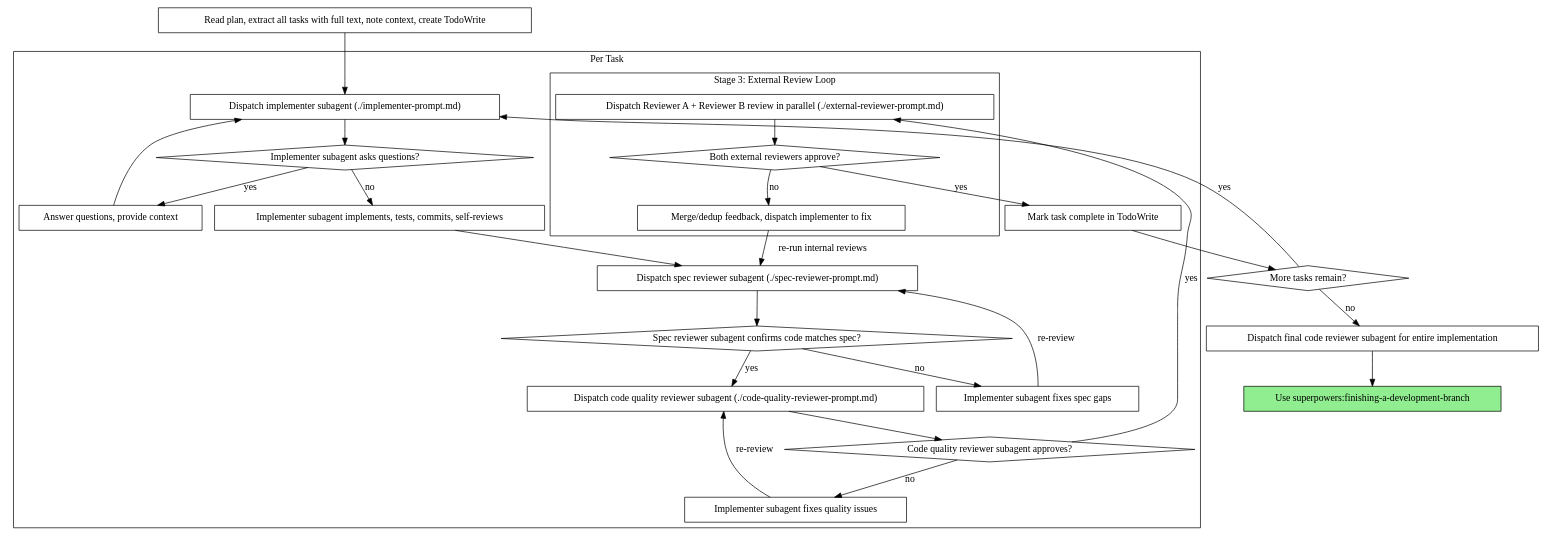
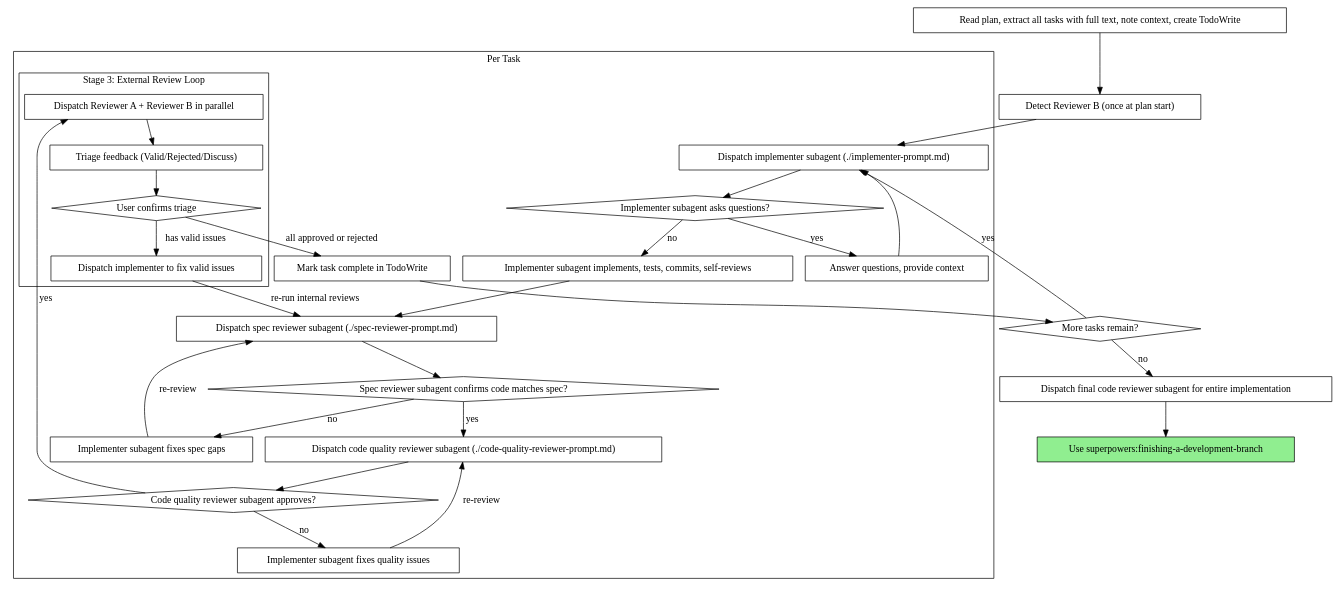
Before and after one commit to bmax121/superpowers: the second of 2 diagrams in skills/subagent-driven-development/SKILL.md, drawn with Graphviz. The commit also changed other lines of this file and 1 other file, not shown here.

Commit message:
fix: update dot diagram with triage/detection nodes, fix template and test flakiness
- Add Reviewer B detection and triage+user confirmation nodes to process diagram
- Use {detected} placeholder in stage progress template for Reviewer B model
- Fix Test 15 negative check to allow negated "per task" references

````diff
--- a/skills/subagent-driven-development/SKILL.md
+++ b/skills/subagent-driven-development/SKILL.md
@@ -42,56 +42,60 @@
 ```dot
 digraph process {
     rankdir=TB;
 
     subgraph cluster_per_task {
         label="Per Task";
         "Dispatch implementer subagent (./implementer-prompt.md)" [shape=box];
         "Implementer subagent asks questions?" [shape=diamond];
         "Answer questions, provide context" [shape=box];
         "Implementer subagent implements, tests, commits, self-reviews" [shape=box];
         "Dispatch spec reviewer subagent (./spec-reviewer-prompt.md)" [shape=box];
         "Spec reviewer subagent confirms code matches spec?" [shape=diamond];
         "Implementer subagent fixes spec gaps" [shape=box];
         "Dispatch code quality reviewer subagent (./code-quality-reviewer-prompt.md)" [shape=box];
         "Code quality reviewer subagent approves?" [shape=diamond];
         "Implementer subagent fixes quality issues" [shape=box];
 
         subgraph cluster_external {
             label="Stage 3: External Review Loop";
-            "Dispatch Reviewer A + Reviewer B review in parallel (./external-reviewer-prompt.md)" [shape=box];
-            "Both external reviewers approve?" [shape=diamond];
-            "Merge/dedup feedback, dispatch implementer to fix" [shape=box];
+            "Dispatch Reviewer A + Reviewer B in parallel" [shape=box];
+            "Triage feedback (Valid/Rejected/Discuss)" [shape=box];
+            "User confirms triage" [shape=diamond];
+            "Dispatch implementer to fix valid issues" [shape=box];
         }
 
         "Mark task complete in TodoWrite" [shape=box];
     }
 
+    "Detect Reviewer B (once at plan start)" [shape=box];
     "Read plan, extract all tasks with full text, note context, create TodoWrite" [shape=box];
     "More tasks remain?" [shape=diamond];
     "Dispatch final code reviewer subagent for entire implementation" [shape=box];
     "Use superpowers:finishing-a-development-branch" [shape=box style=filled fillcolor=lightgreen];
 
-    "Read plan, extract all tasks with full text, note context, create TodoWrite" -> "Dispatch implementer subagent (./implementer-prompt.md)";
+    "Read plan, extract all tasks with full text, note context, create TodoWrite" -> "Detect Reviewer B (once at plan start)";
+    "Detect Reviewer B (once at plan start)" -> "Dispatch implementer subagent (./implementer-prompt.md)";
     "Dispatch implementer subagent (./implementer-prompt.md)" -> "Implementer subagent asks questions?";
     "Implementer subagent asks questions?" -> "Answer questions, provide context" [label="yes"];
     "Answer questions, provide context" -> "Dispatch implementer subagent (./implementer-prompt.md)";
     "Implementer subagent asks questions?" -> "Implementer subagent implements, tests, commits, self-reviews" [label="no"];
     "Implementer subagent implements, tests, commits, self-reviews" -> "Dispatch spec reviewer subagent (./spec-reviewer-prompt.md)";
     "Dispatch spec reviewer subagent (./spec-reviewer-prompt.md)" -> "Spec reviewer subagent confirms code matches spec?";
     "Spec reviewer subagent confirms code matches spec?" -> "Implementer subagent fixes spec gaps" [label="no"];
     "Implementer subagent fixes spec gaps" -> "Dispatch spec reviewer subagent (./spec-reviewer-prompt.md)" [label="re-review"];
     "Spec reviewer subagent confirms code matches spec?" -> "Dispatch code quality reviewer subagent (./code-quality-reviewer-prompt.md)" [label="yes"];
     "Dispatch code quality reviewer subagent (./code-quality-reviewer-prompt.md)" -> "Code quality reviewer subagent approves?";
     "Code quality reviewer subagent approves?" -> "Implementer subagent fixes quality issues" [label="no"];
     "Implementer subagent fixes quality issues" -> "Dispatch code quality reviewer subagent (./code-quality-reviewer-prompt.md)" [label="re-review"];
-    "Code quality reviewer subagent approves?" -> "Dispatch Reviewer A + Reviewer B review in parallel (./external-reviewer-prompt.md)" [label="yes"];
-    "Dispatch Reviewer A + Reviewer B review in parallel (./external-reviewer-prompt.md)" -> "Both external reviewers approve?";
-    "Both external reviewers approve?" -> "Merge/dedup feedback, dispatch implementer to fix" [label="no"];
-    "Merge/dedup feedback, dispatch implementer to fix" -> "Dispatch spec reviewer subagent (./spec-reviewer-prompt.md)" [label="re-run internal reviews"];
-    "Both external reviewers approve?" -> "Mark task complete in TodoWrite" [label="yes"];
+    "Code quality reviewer subagent approves?" -> "Dispatch Reviewer A + Reviewer B in parallel" [label="yes"];
+    "Dispatch Reviewer A + Reviewer B in parallel" -> "Triage feedback (Valid/Rejected/Discuss)";
+    "Triage feedback (Valid/Rejected/Discuss)" -> "User confirms triage";
+    "User confirms triage" -> "Mark task complete in TodoWrite" [label="all approved or rejected"];
+    "User confirms triage" -> "Dispatch implementer to fix valid issues" [label="has valid issues"];
+    "Dispatch implementer to fix valid issues" -> "Dispatch spec reviewer subagent (./spec-reviewer-prompt.md)" [label="re-run internal reviews"];
     "Mark task complete in TodoWrite" -> "More tasks remain?";
     "More tasks remain?" -> "Dispatch implementer subagent (./implementer-prompt.md)" [label="yes"];
     "More tasks remain?" -> "Dispatch final code reviewer subagent for entire implementation" [label="no"];
     "Dispatch final code reviewer subagent for entire implementation" -> "Use superpowers:finishing-a-development-branch";
 }
 ```
````
